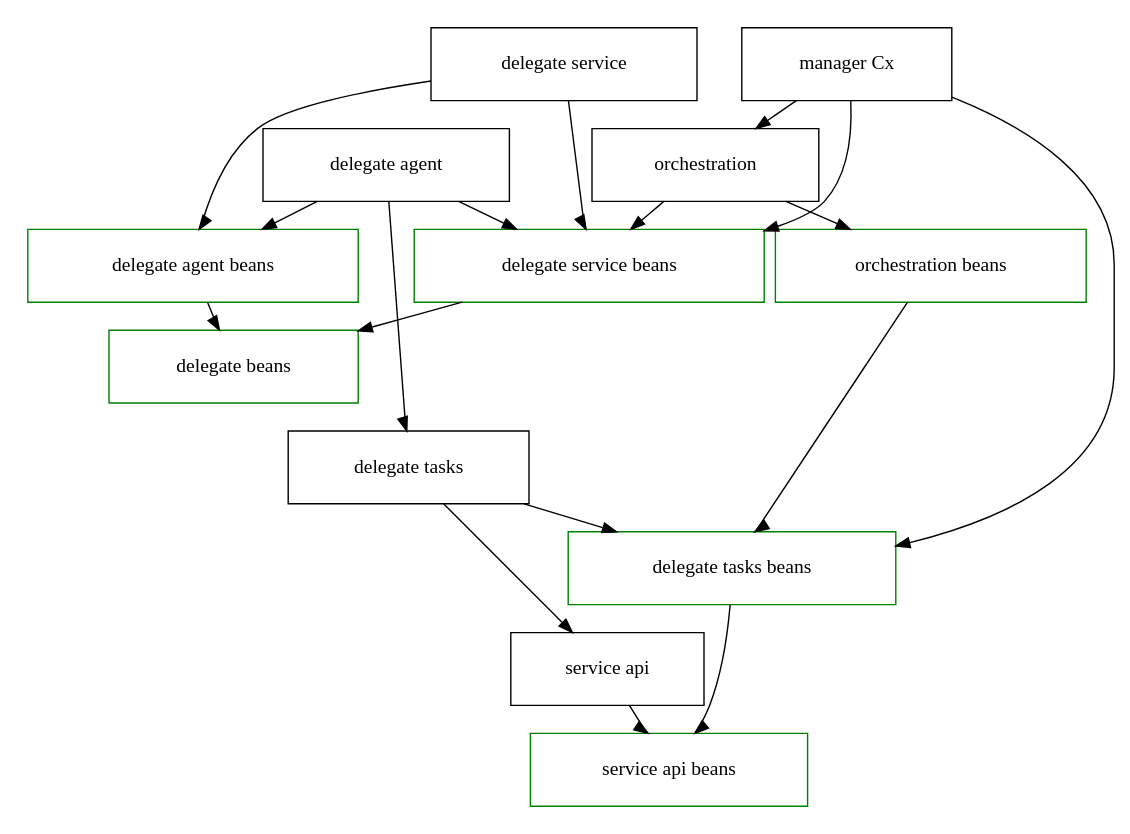
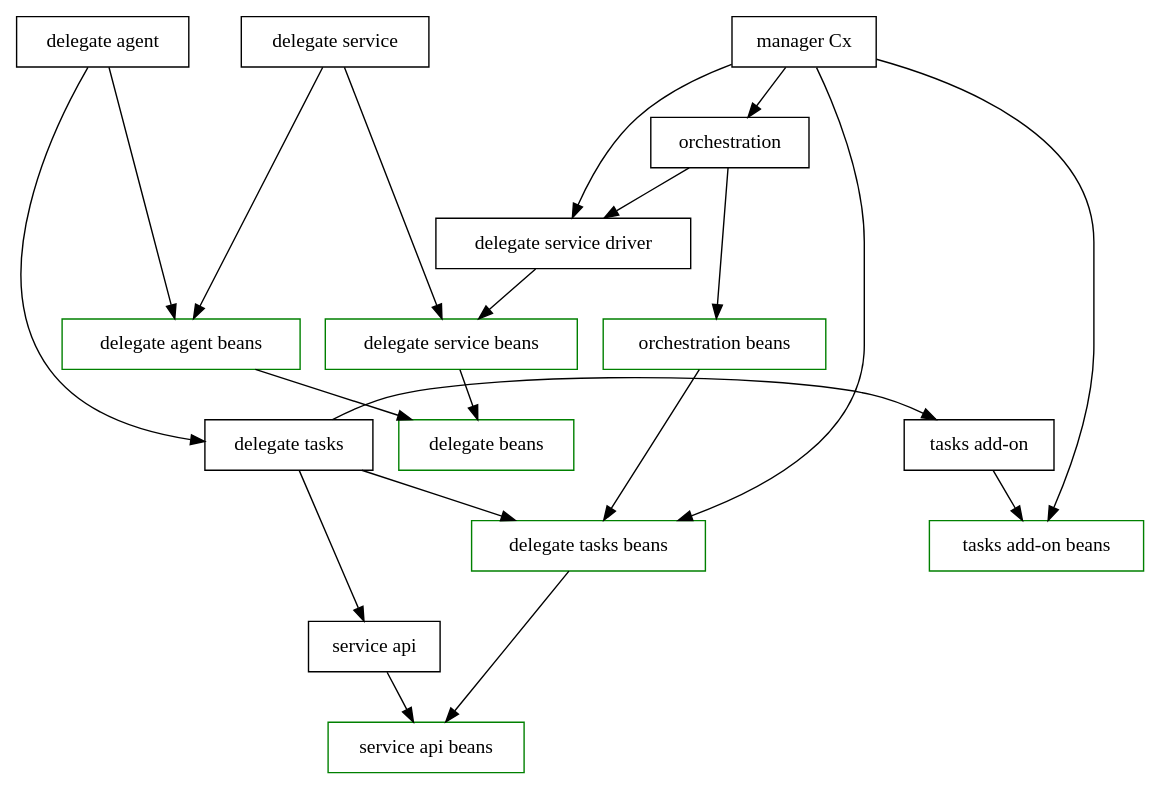
The diagram in img/graphviz/layers.dot (pranay-harness/harness-core), drawn with Graphviz before and after one commit.

Commit message:
[DEL-0]: update delegate diagram (#14845)
* [DEL-0]: update delegate diagram

```diff
--- a/img/graphviz/layers.dot
+++ b/img/graphviz/layers.dot
@@ -1,93 +1,76 @@
 digraph G {
   compound=true;
-  subgraph cluster_service_api_beans {
-   color=green
-   service_api_beans [label="service api beans" color=white];
+
+  service_api_beans [shape=rect color=green label="service api beans"];
+
+  service_api [shape=rect label="service api"];
+
+  subgraph {
+    rank=same
+    delegate_tasks_beans [shape=rect color=green label="delegate tasks beans"];
+    tasks_add_on_beans [shape=rect color=green label="tasks add-on beans"];
   }
 
-  subgraph cluster_service_api {
-    service_api [label="service api" color=white];
+  subgraph {
+    rank=same
+    delegate_tasks [shape=rect label="delegate tasks"];
+    tasks_add_on [shape=rect label="tasks add-on"];
   }
 
-  subgraph cluster_delegate_tasks_beans {
-    color=green
-    delegate_tasks_beans [label="delegate tasks beans" color=white];
+  delegate_beans [shape=rect color=green label="delegate beans"];
+
+  orchestration_beans [shape=rect color=green label="orchestration beans"];
+
+  orchestration [shape=rect label="orchestration"];
+
+  delegate_service_driver [shape=rect label="delegate service driver"];
+
+  subgraph {
+    rank=same
+    delegate_agent_beans [shape=rect color=green label="delegate agent beans"];
+    delegate_service_beans [shape=rect color=green label="delegate service beans"];
   }
 
-  subgraph cluster_delegate_tasks {
-    delegate_tasks [label="delegate tasks" color=white];
-  }
-
-  subgraph cluster_delegate_beans {
-    color=green
-    delegate_beans [label="delegate beans" color=white];
-  }
-
-  subgraph cluster_orchestration_beans {
-    color=green
-    orchestration_beans [label="orchestration beans" color=white];
-  }
-
-  subgraph cluster_orchestration {
-    orchestration [label="orchestration" color=white];
-  }
-
-  subgraph cluster_delegate_agent_beans {
-    color=green
-    delegate_agent_beans [label="delegate agent beans" color=white];
-  }
-
-  subgraph cluster_delegate_agent {
-    delegate_agent [label="delegate agent" color=white];
-  }
-
-  subgraph cluster_delegate_service_beans {
-    color=green
-    delegate_service_beans [label="delegate service beans" color=white];
-  }
-
-  subgraph cluster_delegate_service {
-    delegate_service [label="delegate service" color=white];
-  }
-
-  subgraph cluster_manager_cx {
-    manager_cx [label="manager Cx" color=white];
+  subgraph {
+    rank=same
+    delegate_agent [shape=rect label="delegate agent"];
+    delegate_service [shape=rect label="delegate service"];
+    manager_cx [shape=rect label="manager Cx"];
   }
 
 
-  service_api -> service_api_beans [ltail=cluster_service_api,lhead=cluster_service_api_beans];
-  delegate_tasks_beans -> service_api [style=invis];
+  service_api -> service_api_beans;
 
-  delegate_tasks_beans -> service_api_beans [ltail=cluster_delegate_tasks_beans,lhead=cluster_service_api_beans];
+  delegate_tasks -> tasks_add_on;
 
-  delegate_tasks -> delegate_tasks_beans [ltail=cluster_delegate_tasks,lhead=cluster_delegate_tasks_beans];
+  delegate_tasks_beans -> service_api_beans;
 
-  delegate_tasks -> service_api [ltail=cluster_delegate_tasks,lhead=cluster_service_api];
+  delegate_tasks -> delegate_tasks_beans;
+  tasks_add_on -> tasks_add_on_beans;
 
-  delegate_agent_beans-> delegate_beans [ltail=cluster_delegate_agent_beans,lhead=cluster_delegate_beans];
+  delegate_tasks -> service_api [minlen=2];
 
-  delegate_service_beans-> delegate_beans [ltail=cluster_delegate_service_beans,lhead=cluster_delegate_beans];
+  delegate_agent_beans-> delegate_beans;
 
-  delegate_beans -> delegate_tasks [style=invis];
+  delegate_service_beans-> delegate_beans;
 
-  orchestration_beans -> delegate_tasks_beans [ltail=cluster_orchestration_beans,lhead=cluster_delegate_tasks_beans];
+  orchestration_beans -> delegate_tasks_beans;
 
-  orchestration -> delegate_service_beans [ltail=cluster_orchestration,lhead=cluster_delegate_service_beans];
-  #orchestration_beans-> delegate_agent_beans [style=invis];
+  orchestration -> delegate_service_driver;
 
-  orchestration -> orchestration_beans [ltail=cluster_orchestration,lhead=cluster_orchestration_beans];
+  orchestration -> orchestration_beans;
 
-  delegate_agent -> delegate_agent_beans [ltail=cluster_delegate_agent,lhead=cluster_delegate_agent_beans];
-  delegate_agent -> delegate_tasks [ltail=cluster_delegate_agent,lhead=cluster_delegate_tasks];
-  delegate_agent -> delegate_service_beans [ltail=cluster_delegate_agent,lhead=cluster_delegate_service_beans];
-  #delegate_agent-> orchestration [style=invis];
+  delegate_agent -> delegate_agent_beans;
+  delegate_agent -> delegate_tasks [minlen=4];
 
-  delegate_service -> delegate_service_beans [ltail=cluster_delegate_service,lhead=cluster_delegate_service_beans];
-  delegate_service -> delegate_agent_beans [ltail=cluster_delegate_service,lhead=cluster_delegate_agent_beans];
-  delegate_service -> orchestration [style=invis];
+  delegate_service_driver -> delegate_service_beans;
 
-  manager_cx -> delegate_service_beans [ltail=cluster_manager_cx,lhead=cluster_delegate_service_beans];
-  manager_cx -> delegate_tasks_beans [ltail=cluster_manager_cx,lhead=cluster_delegate_tasks_beans];
+  delegate_service -> delegate_service_beans;
+  delegate_service -> delegate_agent_beans;
 
-  manager_cx -> orchestration [ltail=cluster_manager_cx,lhead=cluster_orchestration];
+  manager_cx -> delegate_service_driver;
+  manager_cx -> delegate_tasks_beans;
+  manager_cx -> tasks_add_on_beans;
+
+  manager_cx -> orchestration;
 }
```
